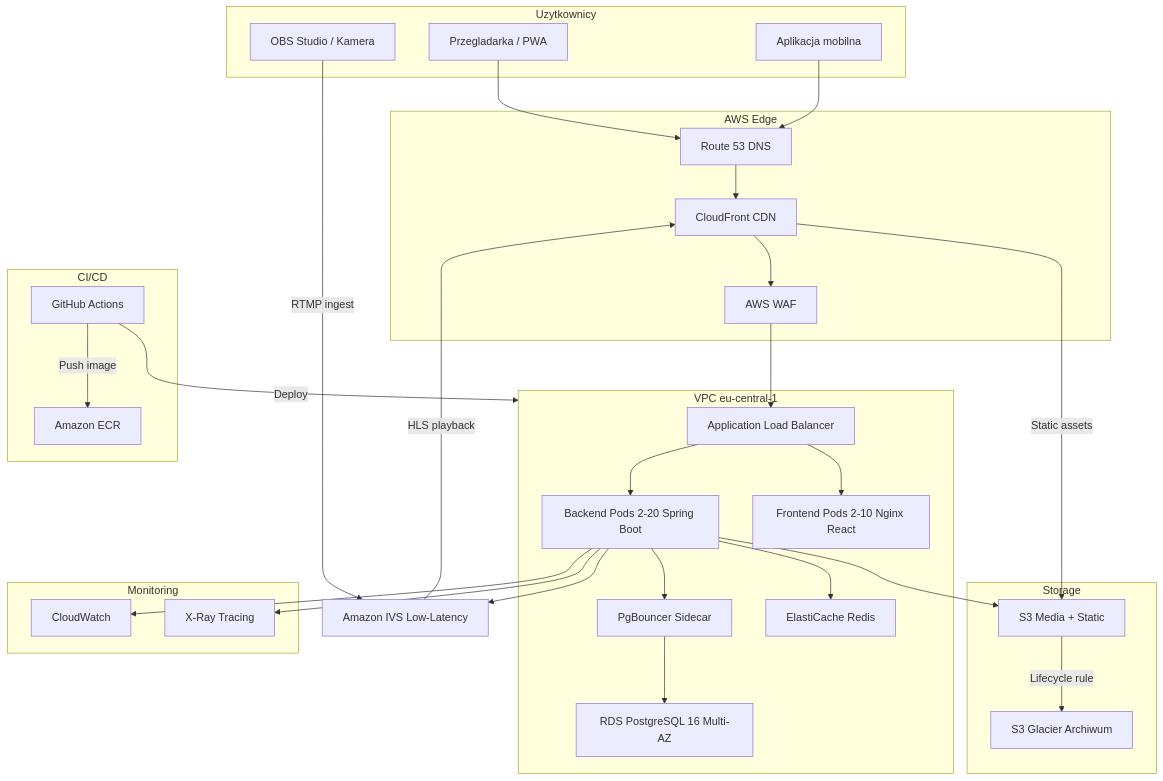
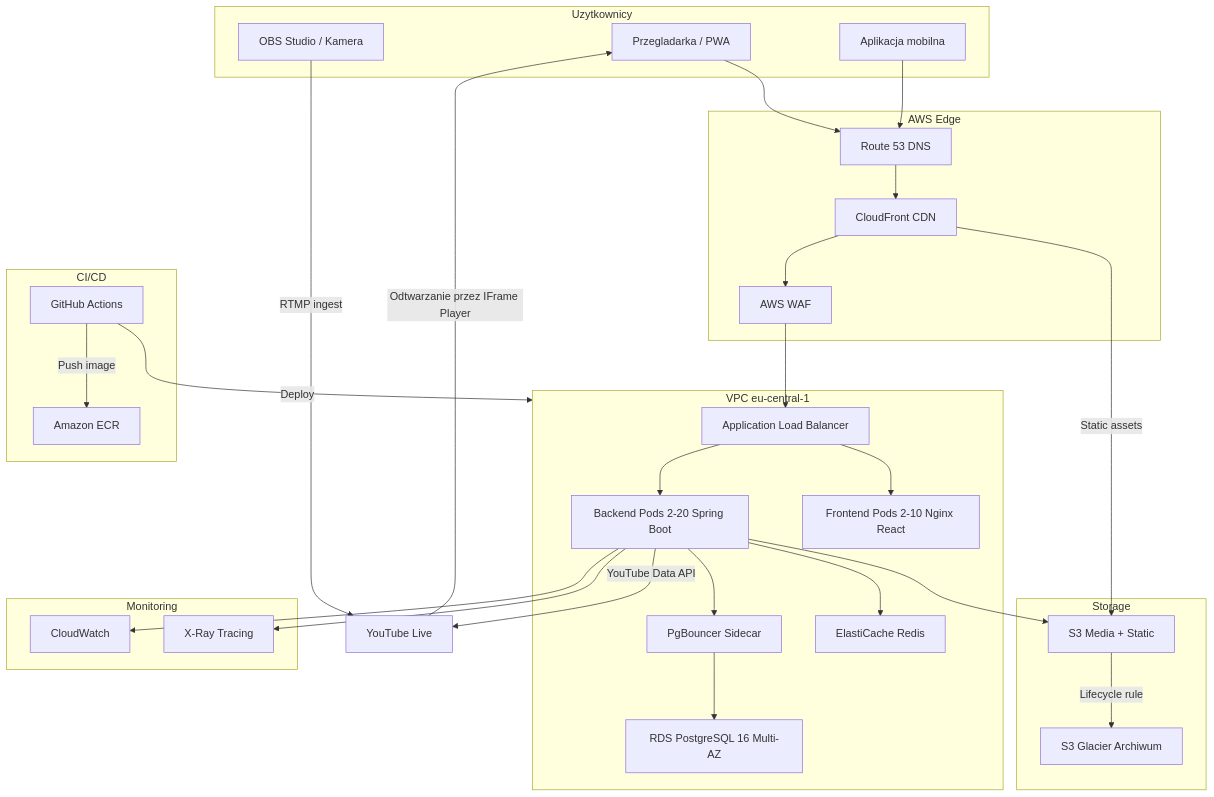
One commit to Zedd93/Padel-Vision changed the first of 8 diagrams in README.md. Above: the diagram before and after it, drawn with Mermaid. The commit also changed other lines of this file and 10 other files, not shown here.

First line of the commit message:
Faza 5 migracji na YouTube: Studio, klipy i sprzątanie (#32)

````diff
--- a/README.md
+++ b/README.md
@@ -138,60 +138,60 @@
 ```mermaid
 flowchart TB
     subgraph USERS["Uzytkownicy"]
         WEB["Przegladarka / PWA"]
         MOBILE["Aplikacja mobilna"]
         OBS["OBS Studio / Kamera"]
     end
 
     subgraph EDGE["AWS Edge"]
         R53["Route 53 DNS"]
         CF["CloudFront CDN"]
         WAF["AWS WAF"]
     end
 
     subgraph VPC["VPC eu-central-1"]
         ALB["Application Load Balancer"]
         API["Backend Pods 2-20 Spring Boot"]
         FE["Frontend Pods 2-10 Nginx React"]
         PGBOUNCER["PgBouncer Sidecar"]
         RDS["RDS PostgreSQL 16 Multi-AZ"]
         REDIS["ElastiCache Redis"]
     end
 
     subgraph STORAGE["Storage"]
         S3["S3 Media + Static"]
         S3_GLACIER["S3 Glacier Archiwum"]
     end
 
-    IVS["Amazon IVS Low-Latency"]
+    YT["YouTube Live"]
 
     subgraph MONITORING["Monitoring"]
         CW["CloudWatch"]
         XRAY["X-Ray Tracing"]
     end
 
     subgraph CICD["CI/CD"]
         GH["GitHub Actions"]
         ECR["Amazon ECR"]
     end
 
     WEB --> R53
     MOBILE --> R53
     R53 --> CF
     CF --> WAF
     WAF --> ALB
     CF -- Static assets --> S3
     ALB --> API
     ALB --> FE
     API --> PGBOUNCER --> RDS
     API --> REDIS
     API --> S3
-    API --> IVS
-    OBS -- RTMP ingest --> IVS
-    IVS -- HLS playback --> CF
+    API -- YouTube Data API --> YT
+    OBS -- RTMP ingest --> YT
+    YT -- Odtwarzanie przez IFrame Player --> WEB
     S3 -- Lifecycle rule --> S3_GLACIER
     API --> CW
     API --> XRAY
     GH -- Push image --> ECR
     GH -- Deploy --> VPC
 ```
````
